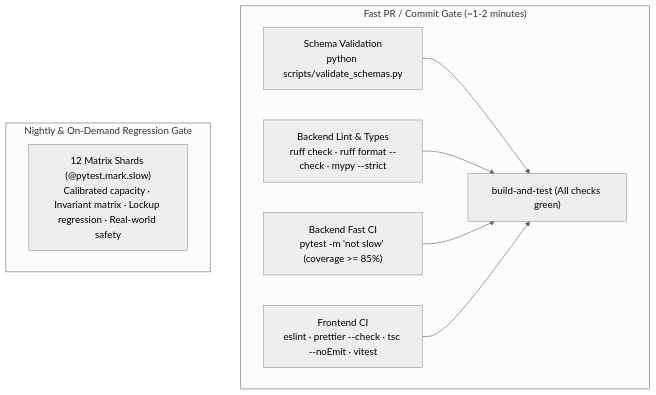
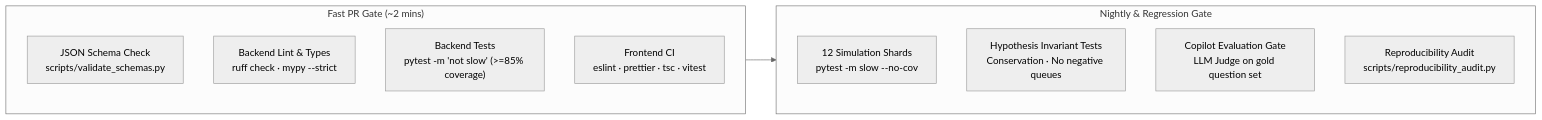
Before and after one commit to Viraj281105/Traffic-Simulation: the fourth of 4 diagrams in README.md, drawn with Mermaid (neutral theme). The commit also changed other lines of this file and 11 other files, not shown here.

````diff
--- a/README.md
+++ b/README.md
@@ -422,14 +526,18 @@
 ```mermaid
-flowchart TD
-    subgraph FastPRGate["Fast PR / Commit Gate (~1-2 minutes)"]
-        SCH["Schema Validation<br/>python scripts/validate_schemas.py"]
-        BLINT["Backend Lint & Types<br/>ruff check · ruff format --check · mypy --strict"]
-        BTEST["Backend Fast CI<br/>pytest -m 'not slow' (coverage >= 85%)"]
-        FLINT["Frontend CI<br/>eslint · prettier --check · tsc --noEmit · vitest"]
-        SCH & BLINT & BTEST & FLINT --> GATE["build-and-test (All checks green)"]
+flowchart LR
+    subgraph FastGate["Fast PR Gate (~2 mins)"]
+        V_SCH["JSON Schema Check<br/>scripts/validate_schemas.py"]
+        B_LINT["Backend Lint & Types<br/>ruff check · mypy --strict"]
+        B_FAST["Backend Tests<br/>pytest -m 'not slow' (>=85% coverage)"]
+        F_TEST["Frontend CI<br/>eslint · prettier · tsc · vitest"]
     end
 
-    subgraph NightlySlowGate["Nightly & On-Demand Regression Gate"]
-        SLOW["12 Matrix Shards (@pytest.mark.slow)<br/>Calibrated capacity · Invariant matrix · Lockup regression · Real-world safety"]
+    subgraph NightlyGate["Nightly & Regression Gate"]
+        B_SLOW["12 Simulation Shards<br/>pytest -m slow --no-cov"]
+        HYPO["Hypothesis Invariant Tests<br/>Conservation · No negative queues"]
+        COP_EVAL["Copilot Evaluation Gate<br/>LLM Judge on gold question set"]
+        REPRO["Reproducibility Audit<br/>scripts/reproducibility_audit.py"]
     end
+
+    FastGate --> NightlyGate
 ```
````
